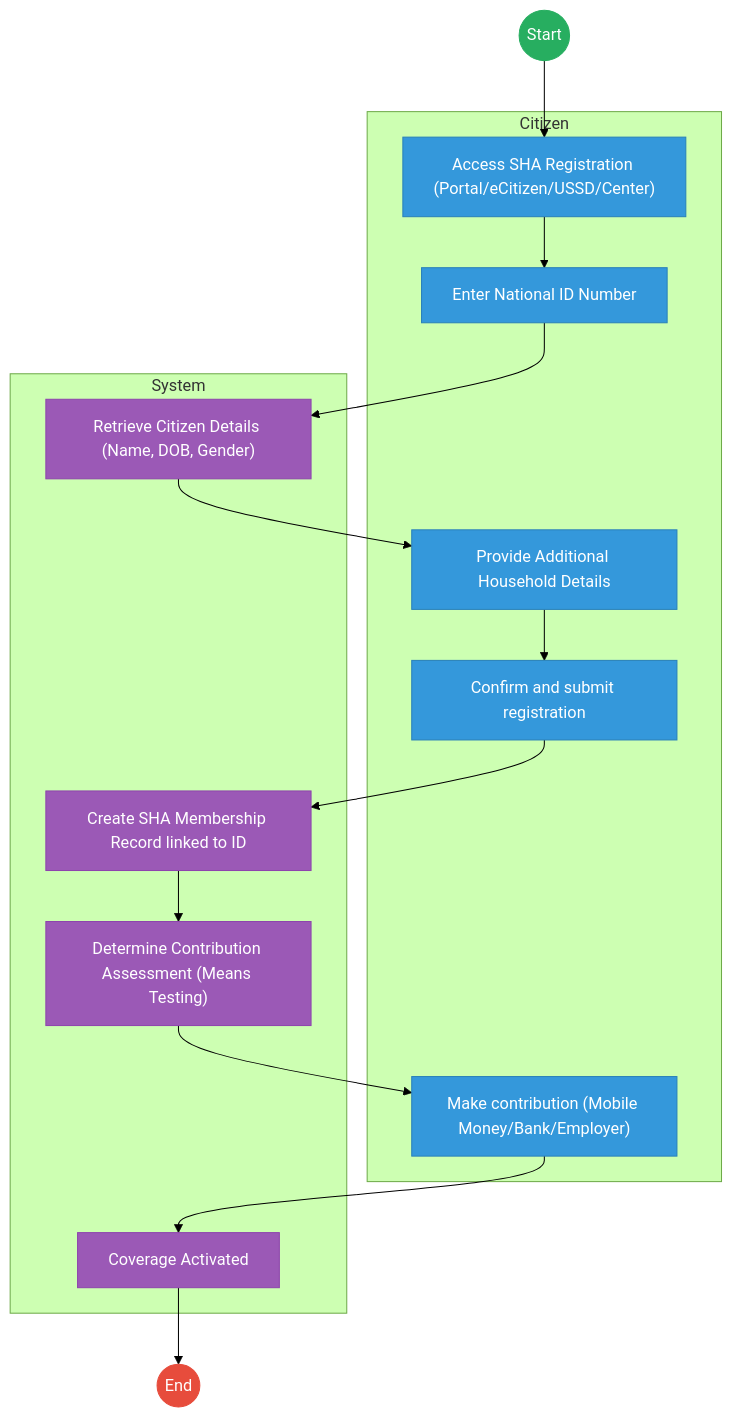
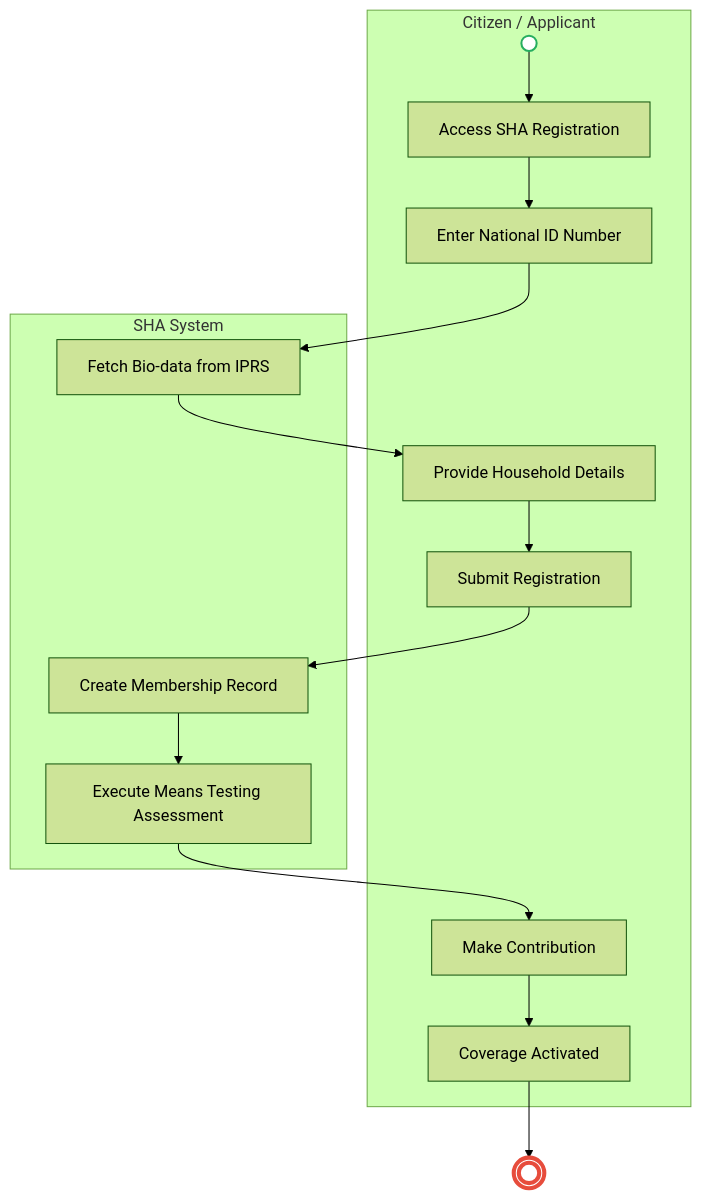
The first of 2 diagrams in mdas/docs_final/National_Health_Insurance_Fund___Service_Delivery.md (BITZ-IT-Consulting-LTD/ictapoc), drawn with Mermaid (forest theme) before and after one commit. The commit also changed other lines of this file and 13 other files, not shown here.

````diff
--- a/mdas/docs_final/National_Health_Insurance_Fund___Service_Delivery.md
+++ b/mdas/docs_final/National_Health_Insurance_Fund___Service_Delivery.md
@@ -20,39 +21,22 @@
 ```mermaid
-graph TD
-    Start((Start)) --> S1
-
-    subgraph Citizen [Citizen]
-        S1["Access SHA Registration (Portal/eCitizen/USSD/Center)"]
-        S2["Enter National ID Number"]
-        S4["Provide Additional Household Details"]
-        S5["Confirm and submit registration"]
-        S8["Make contribution (Mobile Money/Bank/Employer)"]
+flowchart TD
+    subgraph Citizen["Citizen / Applicant"]
+        Start(( )) --> A1[Access SHA Registration]
+        A1 --> A2[Enter National ID Number]
+        A4[Provide Household Details] --> A5[Submit Registration]
+        A8[Make Contribution] --> A9[Coverage Activated]
     end
 
-    subgraph System [System]
-        S3["Retrieve Citizen Details (Name, DOB, Gender)"]
-        S6["Create SHA Membership Record linked to ID"]
-        S7["Determine Contribution Assessment (Means Testing)"]
-        S9["Coverage Activated"]
+    subgraph System["SHA System"]
+        A2 --> B1[Fetch Bio-data from IPRS]
+        B1 --> A4
+        A5 --> B2[Create Membership Record]
+        B2 --> B3[Execute Means Testing Assessment]
+        B3 --> A8
     end
 
-    S1 --> S2
-    S2 --> S3
-    S3 --> S4
-    S4 --> S5
-    S5 --> S6
-    S6 --> S7
-    S7 --> S8
-    S8 --> S9
-    S9 --> End((End))
+    A9 --> End((( )))
 
-    classDef start fill:#27ae60,stroke:#27ae60,color:#fff;
-    classDef endNode fill:#e74c3c,stroke:#e74c3c,color:#fff;
-    classDef userTask fill:#3498db,stroke:#2980b9,color:#fff;
-    classDef serviceTask fill:#9b59b6,stroke:#8e44ad,color:#fff;
-
-    class Start start;
-    class End endNode;
-    class S1,S2,S4,S5,S8 userTask;
-    class S3,S6,S7,S9 serviceTask;
+    style Start fill:#fff,stroke:#27ae60,stroke-width:2px
+    style End fill:#fff,stroke:#e74c3c,stroke-width:4px
 ```
````
